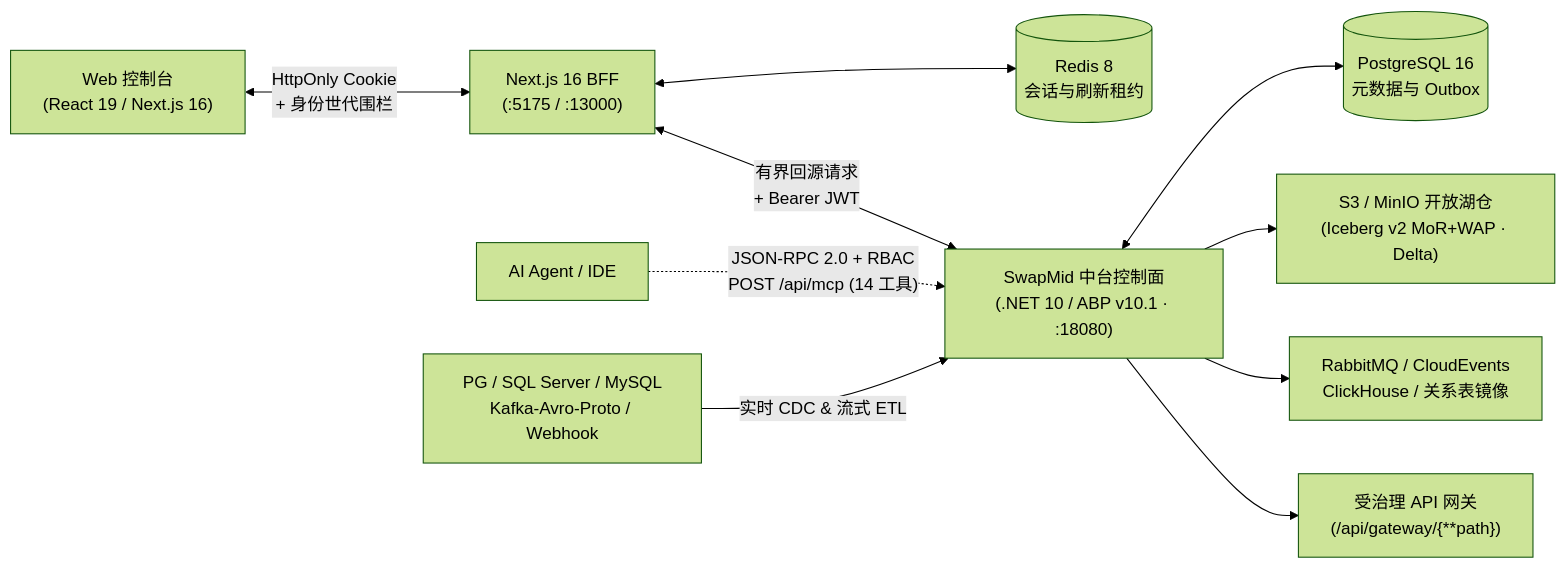
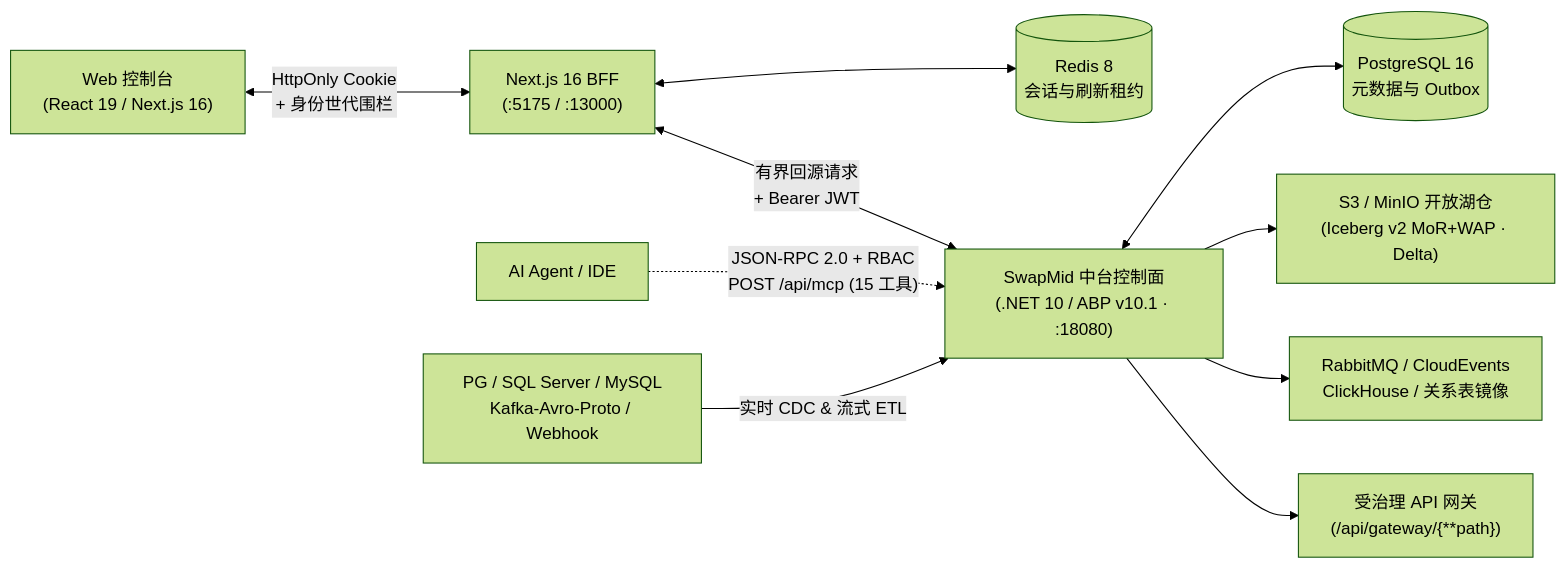
Before and after one commit to q871958549/SwapMid: the diagram in README.zh-CN.md, drawn with Mermaid (forest theme). The commit also changed other lines of this file and 52 other files, not shown here.

Commit message:
feat(lakehouse,observability): ship v3.0.0 Iceberg v2 native Schema Evolution, OTLP Tempo tracing & MCP Tool 15

````diff
--- a/README.zh-CN.md
+++ b/README.zh-CN.md
@@ -31,12 +31,12 @@
 ```mermaid
 flowchart LR
   Browser["Web 控制台\n(React 19 / Next.js 16)"] <-->|"HttpOnly Cookie\n+ 身份世代围栏"| BFF["Next.js 16 BFF\n(:5175 / :13000)"]
   BFF <--> Redis[("Redis 8\n会话与刷新租约")]
   BFF <-->|"有界回源请求\n+ Bearer JWT"| Core["SwapMid 中台控制面\n(.NET 10 / ABP v10.1 · :18080)"]
-  AI["AI Agent / IDE"] -.->|"JSON-RPC 2.0 + RBAC\nPOST /api/mcp (14 工具)"| Core
+  AI["AI Agent / IDE"] -.->|"JSON-RPC 2.0 + RBAC\nPOST /api/mcp (15 工具)"| Core
   Core <--> PG[("PostgreSQL 16\n元数据与 Outbox")]
   Sources["PG / SQL Server / MySQL\nKafka-Avro-Proto / Webhook"] -->|"实时 CDC & 流式 ETL"| Core
   Core --> Lake["S3 / MinIO 开放湖仓\n(Iceberg v2 MoR+WAP · Delta)"]
   Core --> Bus["RabbitMQ / CloudEvents\nClickHouse / 关系表镜像"]
   Core --> Upstreams["受治理 API 网关\n(/api/gateway/{**path})"]
 ```
````
